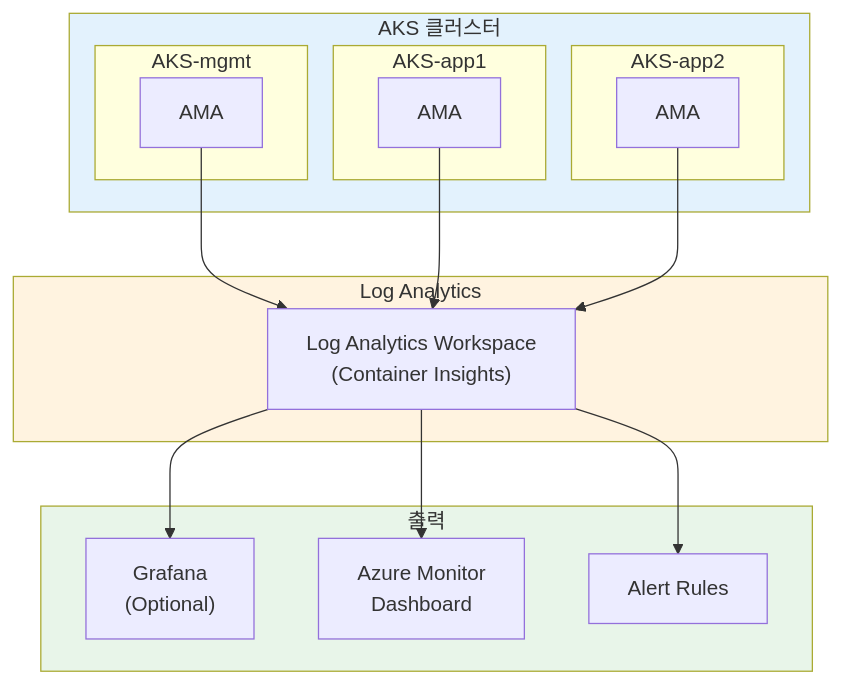
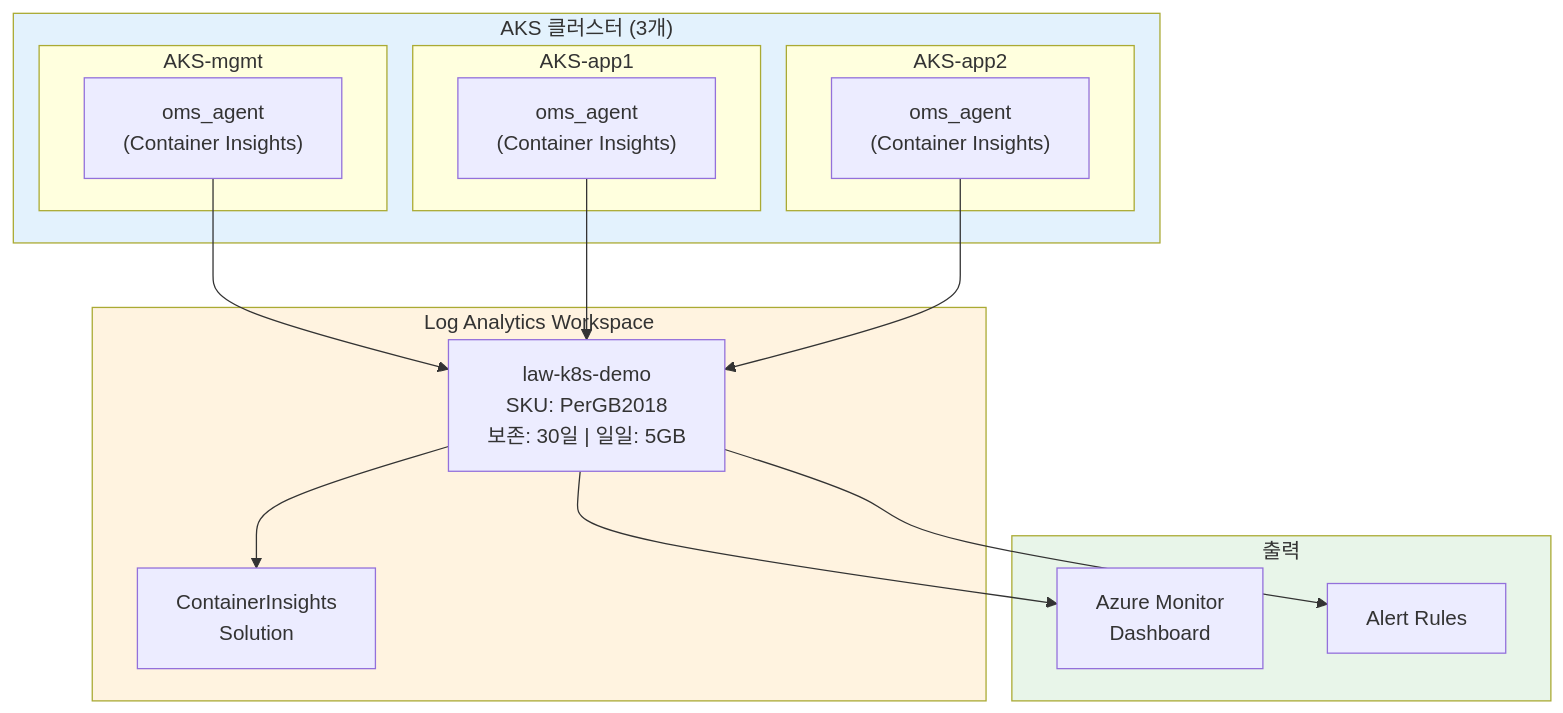
One commit to bocopile/mac-k8s-multipass-terraform changed the sixth of 6 diagrams in document/azure/ARCHITECTURE.md. Above: the diagram before and after it, drawn with Mermaid. The commit also changed other lines of this file and 3 other files, not shown here.

````diff
--- a/document/azure/ARCHITECTURE.md
+++ b/document/azure/ARCHITECTURE.md
@@ -339,36 +394,35 @@
 ```mermaid
 flowchart TB
-    subgraph Clusters["AKS 클러스터"]
+    subgraph Clusters["AKS 클러스터 (3개)"]
         subgraph mgmt["AKS-mgmt"]
-            ama1["AMA"]
+            ama1["oms_agent<br/>(Container Insights)"]
         end
         subgraph app1["AKS-app1"]
-            ama2["AMA"]
+            ama2["oms_agent<br/>(Container Insights)"]
         end
         subgraph app2["AKS-app2"]
-            ama3["AMA"]
+            ama3["oms_agent<br/>(Container Insights)"]
         end
     end
 
-    subgraph Analytics["Log Analytics"]
-        LAW["Log Analytics Workspace<br/>(Container Insights)"]
+    subgraph Analytics["Log Analytics Workspace"]
+        LAW["law-k8s-demo<br/>SKU: PerGB2018<br/>보존: 30일 | 일일: 5GB"]
+        CI["ContainerInsights<br/>Solution"]
     end
 
     subgraph Outputs["출력"]
-        Grafana["Grafana<br/>(Optional)"]
         Monitor["Azure Monitor<br/>Dashboard"]
         Alert["Alert Rules"]
     end
 
     ama1 --> LAW
     ama2 --> LAW
     ama3 --> LAW
-
-    LAW --> Grafana
+    LAW --> CI
     LAW --> Monitor
     LAW --> Alert
 
     style Clusters fill:#e3f2fd
     style Analytics fill:#fff3e0
     style Outputs fill:#e8f5e9
 ```
````
